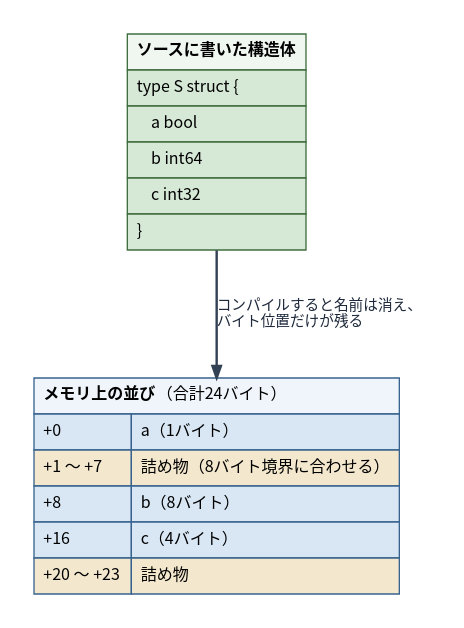
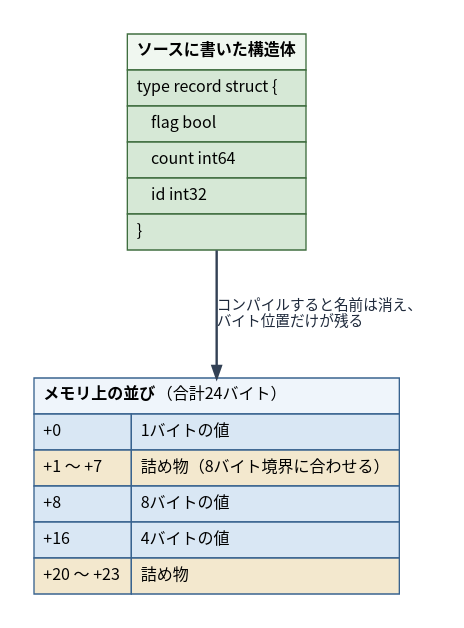
One commit to ymotongpoo/zenn.dev changed the diagram in diagrams/go-ebpf-primer/20260820-struct-layout.dot. Above: the diagram before and after it, drawn with Graphviz. The commit also changed 74 other files, not shown here.

```diff
--- a/diagrams/go-ebpf-primer/20260820-struct-layout.dot
+++ b/diagrams/go-ebpf-primer/20260820-struct-layout.dot
@@ -1,43 +1,43 @@
 // 構造体はメモリ上でどう並ぶか
 digraph struct_layout {
   graph [
     fontname="Harano Aji Gothic,Noto Sans CJK JP,IPAGothic", fontsize=13,
     rankdir=TB, compound=true, splines=true,
     nodesep=0.5, ranksep=0.7, pad=0.25,
     bgcolor="white", newrank=true
   ];
   node [
     fontname="Harano Aji Gothic,Noto Sans CJK JP,IPAGothic", fontsize=12,
     shape=box, style="rounded,filled",
     fillcolor="#F1F5F9", color="#475569", penwidth=1.6,
     margin="0.2,0.14"
   ];
   edge [
     fontname="Harano Aji Gothic,Noto Sans CJK JP,IPAGothic", fontsize=11,
     color="#334155", penwidth=1.4, arrowsize=0.9,
     fontcolor="#1E293B"
   ];
   ranksep=1.0;
 
   src [shape=plain, style="", label=<
     <table border="0" cellborder="1" cellspacing="0" cellpadding="6" color="#3F6E3F">
       <tr><td align="left" bgcolor="#F0F7F0"><b>ソースに書いた構造体</b></td></tr>
-      <tr><td align="left" bgcolor="#D6E8D6">type S struct {</td></tr>
-      <tr><td align="left" bgcolor="#D6E8D6">&nbsp;&nbsp;&nbsp;&nbsp;a bool</td></tr>
-      <tr><td align="left" bgcolor="#D6E8D6">&nbsp;&nbsp;&nbsp;&nbsp;b int64</td></tr>
-      <tr><td align="left" bgcolor="#D6E8D6">&nbsp;&nbsp;&nbsp;&nbsp;c int32</td></tr>
+      <tr><td align="left" bgcolor="#D6E8D6">type record struct {</td></tr>
+      <tr><td align="left" bgcolor="#D6E8D6">&nbsp;&nbsp;&nbsp;&nbsp;flag bool</td></tr>
+      <tr><td align="left" bgcolor="#D6E8D6">&nbsp;&nbsp;&nbsp;&nbsp;count int64</td></tr>
+      <tr><td align="left" bgcolor="#D6E8D6">&nbsp;&nbsp;&nbsp;&nbsp;id int32</td></tr>
       <tr><td align="left" bgcolor="#D6E8D6">}</td></tr>
     </table>>];
 
   mem [shape=plain, style="", label=<
     <table border="0" cellborder="1" cellspacing="0" cellpadding="6" color="#38638F">
       <tr><td colspan="2" align="left" bgcolor="#EFF5FB"><b>メモリ上の並び</b>（合計24バイト）</td></tr>
-      <tr><td align="left" bgcolor="#D9E7F4">+0</td><td align="left" bgcolor="#D9E7F4">a（1バイト）</td></tr>
+      <tr><td align="left" bgcolor="#D9E7F4">+0</td><td align="left" bgcolor="#D9E7F4">1バイトの値</td></tr>
       <tr><td align="left" bgcolor="#F3E8CE">+1 〜 +7</td><td align="left" bgcolor="#F3E8CE">詰め物（8バイト境界に合わせる）</td></tr>
-      <tr><td align="left" bgcolor="#D9E7F4">+8</td><td align="left" bgcolor="#D9E7F4">b（8バイト）</td></tr>
-      <tr><td align="left" bgcolor="#D9E7F4">+16</td><td align="left" bgcolor="#D9E7F4">c（4バイト）</td></tr>
+      <tr><td align="left" bgcolor="#D9E7F4">+8</td><td align="left" bgcolor="#D9E7F4">8バイトの値</td></tr>
+      <tr><td align="left" bgcolor="#D9E7F4">+16</td><td align="left" bgcolor="#D9E7F4">4バイトの値</td></tr>
       <tr><td align="left" bgcolor="#F3E8CE">+20 〜 +23</td><td align="left" bgcolor="#F3E8CE">詰め物</td></tr>
     </table>>];
 
   src -> mem [label=" コンパイルすると名前は消え、\l バイト位置だけが残る\l", penwidth=1.8];
 }
```
